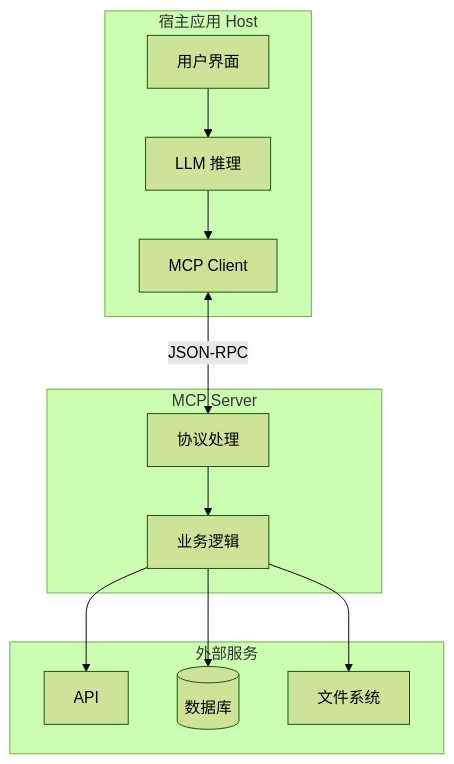
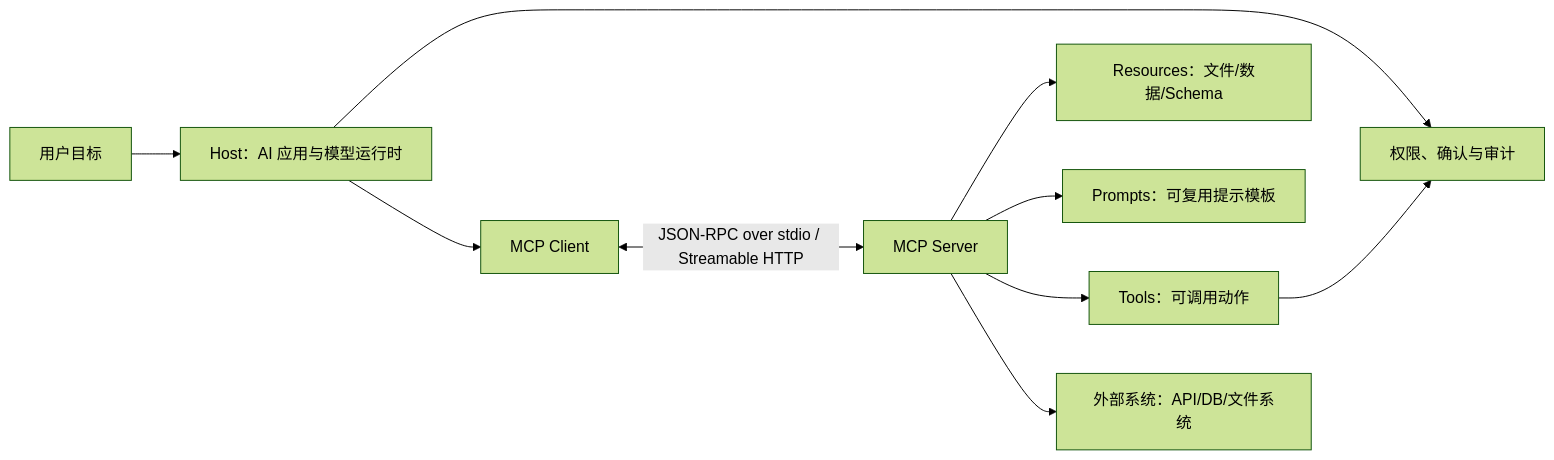
One commit to likebeans/notes-on-llms changed the diagram in docs/llms/mcp/index.md. Above: the diagram before and after it, drawn with Mermaid (forest theme). The commit also changed other lines of this file and 1 other file, not shown here.

Commit message:
docs: refresh MCP and Prompt overviews

````diff
--- a/docs/llms/mcp/index.md
+++ b/docs/llms/mcp/index.md
@@ -77,27 +35,12 @@
 ```mermaid
-flowchart TB
-    subgraph Host[宿主应用 Host]
-        UI[用户界面]
-        LLM[LLM 推理]
-        CLIENT[MCP Client]
-    end
-    
-    subgraph Server[MCP Server]
-        HANDLER[协议处理]
-        LOGIC[业务逻辑]
-    end
-    
-    subgraph External[外部服务]
-        API[API]
-        DB[(数据库)]
-        FS[文件系统]
-    end
-    
-    UI --> LLM
-    LLM --> CLIENT
-    CLIENT <-->|JSON-RPC| HANDLER
-    HANDLER --> LOGIC
-    LOGIC --> API
-    LOGIC --> DB
-    LOGIC --> FS
+flowchart LR
+  User[用户目标] --> Host[Host：AI 应用与模型运行时]
+  Host --> Guard[权限、确认与审计]
+  Host --> Client[MCP Client]
+  Client <-->|JSON-RPC over stdio / Streamable HTTP| Server[MCP Server]
+  Server --> Resources[Resources：文件/数据/Schema]
+  Server --> Prompts[Prompts：可复用提示模板]
+  Server --> Tools[Tools：可调用动作]
+  Server --> External[外部系统：API/DB/文件系统]
+  Tools --> Guard
 ```
````
